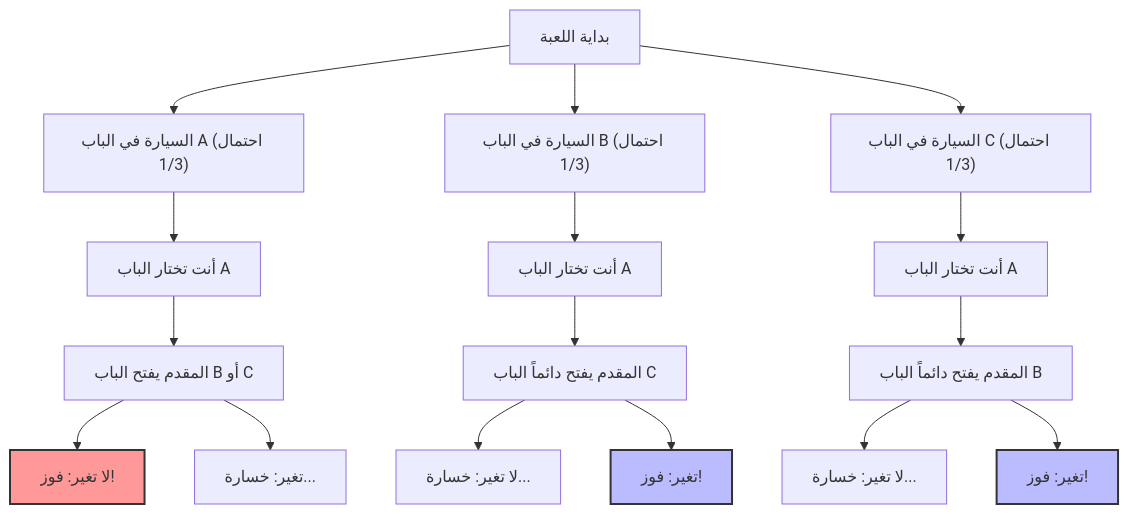
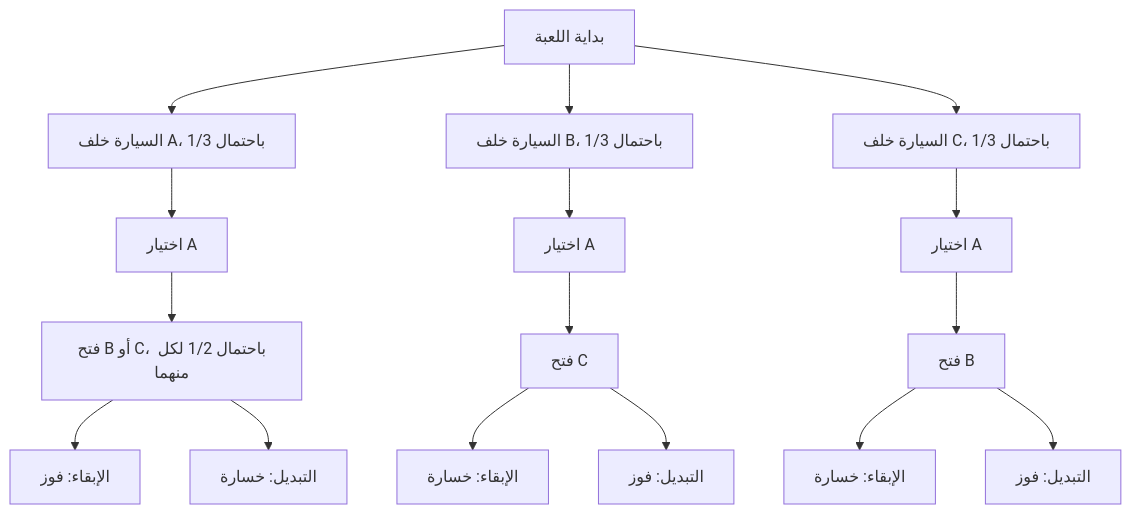
One commit to kenjinote/blog changed the first of 2 diagrams in content/post/モンティ・ホール問題/index.ar.md. Above: the diagram before and after it, drawn with Mermaid. The commit also changed other lines of this file and 12 other files, not shown here.

````diff
--- a/content/post/モンティ・ホール問題/index.ar.md
+++ b/content/post/モンティ・ホール問題/index.ar.md
@@ -44,27 +52,18 @@
 ```mermaid
 graph TD
-    Start["بداية اللعبة"] --> CarA["السيارة في الباب A (احتمال 1/3)"]
-    Start --> CarB["السيارة في الباب B (احتمال 1/3)"]
-    Start --> CarC["السيارة في الباب C (احتمال 1/3)"]
-
-    CarA --> PickA1["أنت تختار الباب A"]
-    CarB --> PickA2["أنت تختار الباب A"]
-    CarC --> PickA3["أنت تختار الباب A"]
-
-    PickA1 --> HostB_or_C["المقدم يفتح الباب B أو C"]
-    PickA2 --> HostC["المقدم يفتح دائماً الباب C"]
-    PickA3 --> HostB["المقدم يفتح دائماً الباب B"]
-
-    HostB_or_C --> Stay1["لا تغير: فوز!"]
-    HostB_or_C --> Switch1["تغير: خسارة..."]
-
-    HostC --> Stay2["لا تغير: خسارة..."]
-    HostC --> Switch2["تغير: فوز!"]
-
-    HostB --> Stay3["لا تغير: خسارة..."]
-    HostB --> Switch3["تغير: فوز!"]
-
-    style Switch2 fill:#bbf,stroke:#333,stroke-width:2px
-    style Switch3 fill:#bbf,stroke:#333,stroke-width:2px
-    style Stay1 fill:#f99,stroke:#333,stroke-width:2px
+    Start["بداية اللعبة"] --> CarA["السيارة خلف A، باحتمال 1/3"]
+    Start --> CarB["السيارة خلف B، باحتمال 1/3"]
+    Start --> CarC["السيارة خلف C، باحتمال 1/3"]
+    CarA --> PickA1["اختيار A"]
+    CarB --> PickA2["اختيار A"]
+    CarC --> PickA3["اختيار A"]
+    PickA1 --> HostB_or_C["فتح B أو C، باحتمال 1/2 لكل منهما"]
+    PickA2 --> HostC["فتح C"]
+    PickA3 --> HostB["فتح B"]
+    HostB_or_C --> Stay1["الإبقاء: فوز"]
+    HostB_or_C --> Switch1["التبديل: خسارة"]
+    HostC --> Stay2["الإبقاء: خسارة"]
+    HostC --> Switch2["التبديل: فوز"]
+    HostB --> Stay3["الإبقاء: خسارة"]
+    HostB --> Switch3["التبديل: فوز"]
 ```
````
